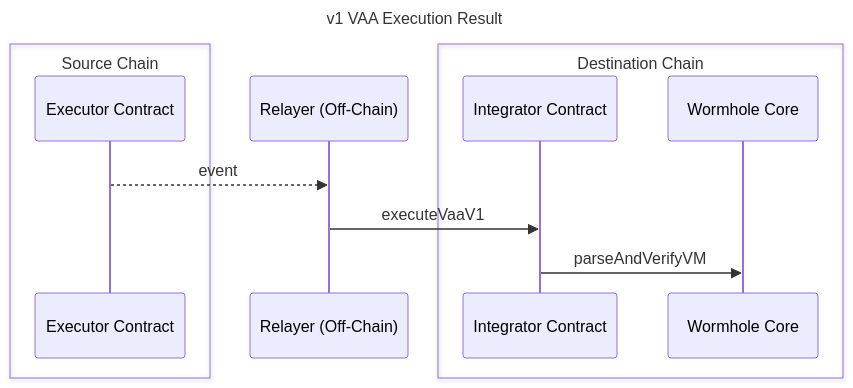
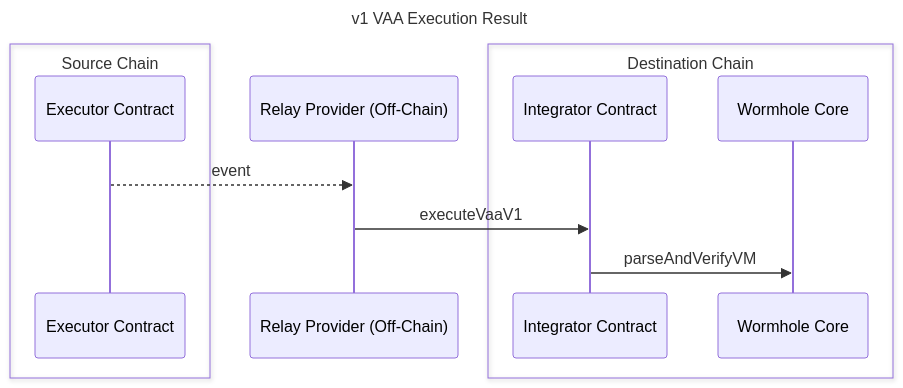
One commit to wormhole-foundation/wormhole-docs changed the second of 2 diagrams in protocol/infrastructure/relayers/executor-framework.md. Above: the diagram before and after it, drawn with Mermaid. The commit also changed other lines of this file and 2 other files, not shown here.

Commit message:
applied feedback

````diff
--- a/protocol/infrastructure/relayers/executor-framework.md
+++ b/protocol/infrastructure/relayers/executor-framework.md
@@ -79,17 +79,17 @@
 ```mermaid
 ---
 title: v1 VAA Execution Result
 ---
 sequenceDiagram
 		box Source Chain
 		participant EC as Executor Contract
 		end
-		participant E as Relayer (Off-Chain)
+		participant RP as Relay Provider (Off-Chain)
 		box Destination Chain
 		participant I as Integrator Contract
 		participant W as Wormhole Core
 		end
-		EC-->>E: event
-    E->>I: executeVaaV1
+		EC-->>RP: event
+    RP->>I: executeVaaV1
     I->>W: parseAndVerifyVM
 ```
````
